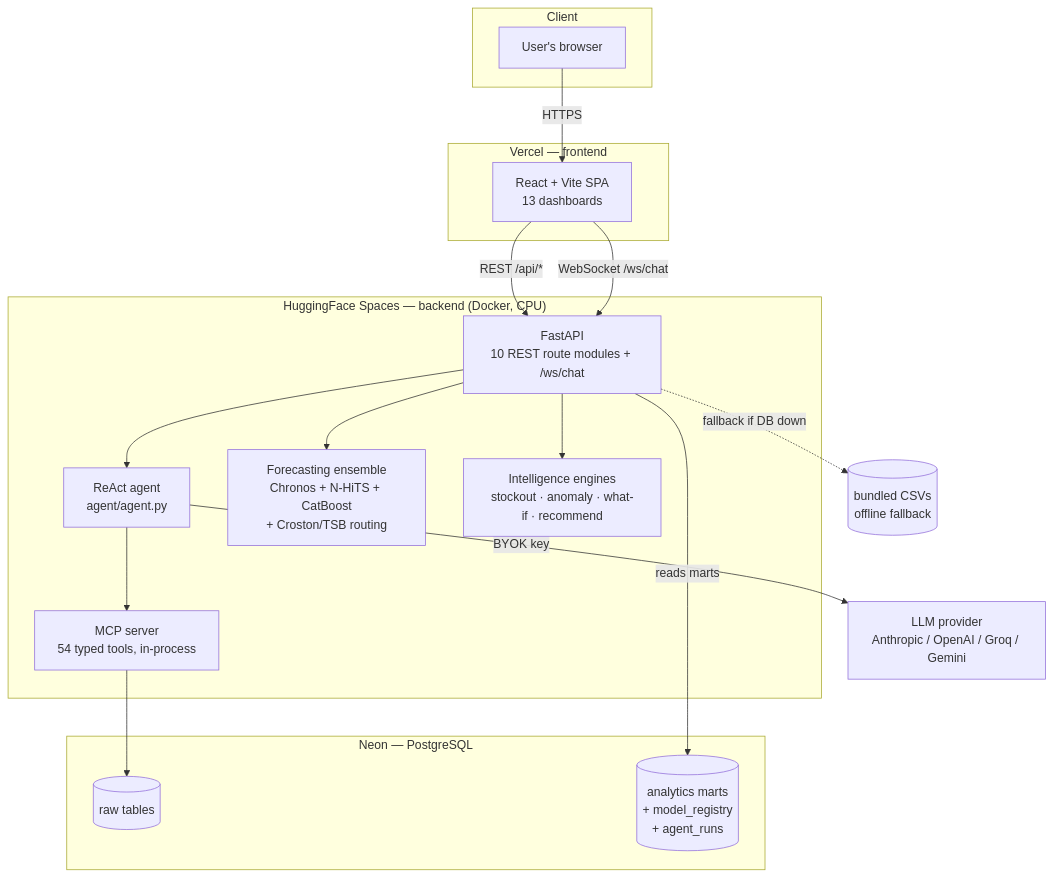
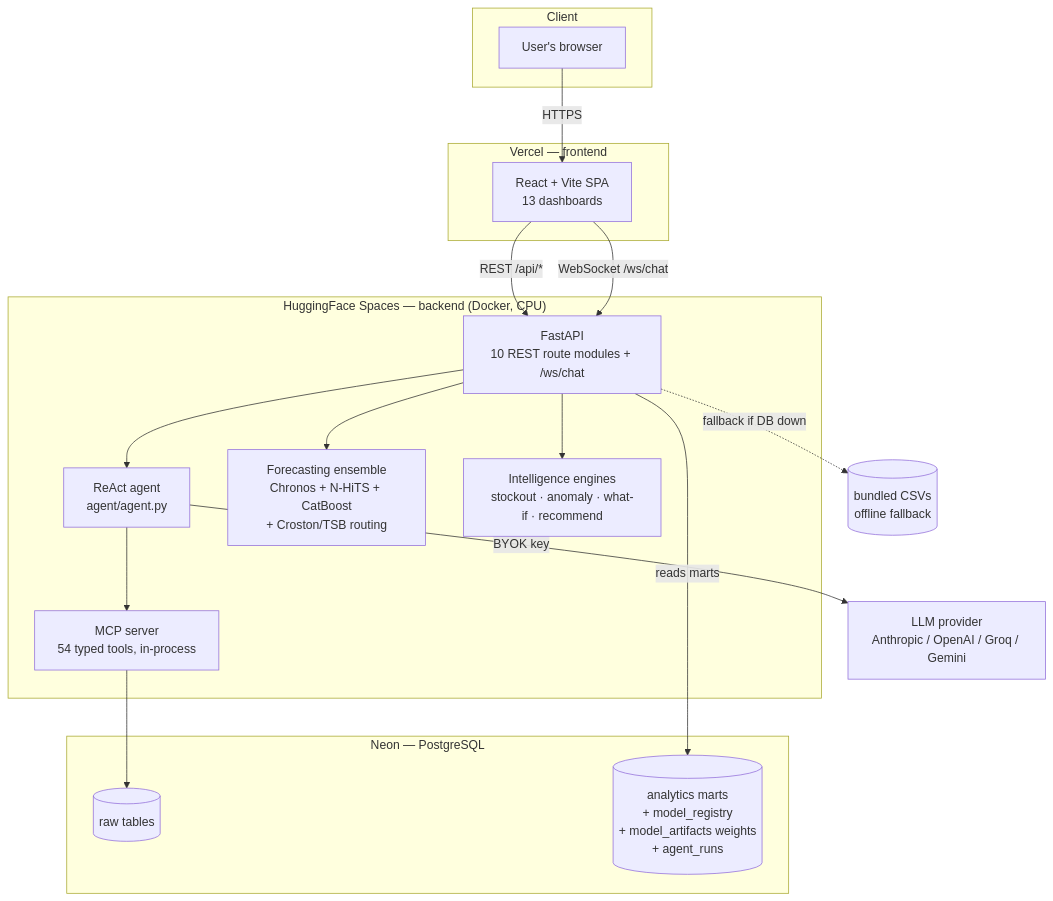
Before and after one commit to shiva-shivanibokka/SCM-using-MCP-and-LLM: the first of 3 diagrams in README.md, drawn with Mermaid. The commit also changed other lines of this file, not shown here.

First line of the commit message:
docs: document lift-based recommendations, hybrid NL→SQL, durable weights

````diff
--- a/README.md
+++ b/README.md
@@ -68,33 +68,33 @@
 ```mermaid
 flowchart TD
     subgraph Client
         U[User's browser]
     end
     subgraph Vercel["Vercel — frontend"]
         FE[React + Vite SPA<br/>13 dashboards]
     end
     subgraph HF["HuggingFace Spaces — backend (Docker, CPU)"]
         API[FastAPI<br/>10 REST route modules + /ws/chat]
         AG[ReAct agent<br/>agent/agent.py]
         MCP[MCP server<br/>54 typed tools, in-process]
         FC[Forecasting ensemble<br/>Chronos + N-HiTS + CatBoost<br/>+ Croston/TSB routing]
         INT[Intelligence engines<br/>stockout · anomaly · what-if · recommend]
     end
     subgraph Neon["Neon — PostgreSQL"]
         RAW[(raw tables)]
-        MARTS[(analytics marts<br/>+ model_registry<br/>+ agent_runs)]
+        MARTS[(analytics marts<br/>+ model_registry<br/>+ model_artifacts weights<br/>+ agent_runs)]
     end
     LLM[LLM provider<br/>Anthropic / OpenAI / Groq / Gemini]
     CSV[(bundled CSVs<br/>offline fallback)]
 
     U -->|HTTPS| FE
     FE -->|REST /api/*| API
     FE -->|WebSocket /ws/chat| API
     API --> AG --> MCP
     API --> FC
     API --> INT
     AG -->|BYOK key| LLM
     MCP --> RAW
     API -->|reads marts| MARTS
     API -. fallback if DB down .-> CSV
 ```
````
